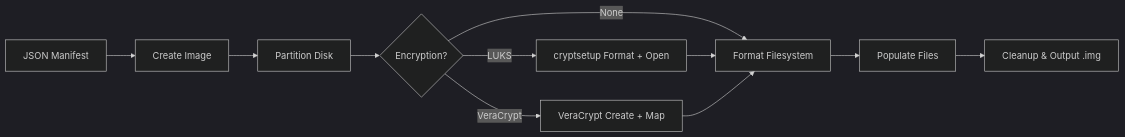
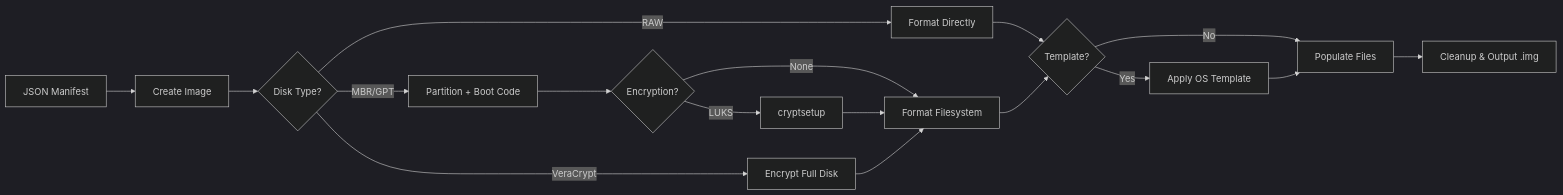
Before and after one commit to jknyght9/diskforge: the diagram in docs/index.md, drawn with Mermaid (dark theme). The commit also changed other lines of this file and 7 other files, not shown here.

First line of the commit message:
Update docs for boot code, RAW disks, templates, and HFS+

````diff
--- a/docs/index.md
+++ b/docs/index.md
@@ -65,13 +73,19 @@
 ```mermaid
 graph LR
     A[JSON Manifest] --> B[Create Image]
-    B --> C[Partition Disk]
-    C --> D{Encryption?}
-    D -->|LUKS| E[cryptsetup Format + Open]
-    D -->|VeraCrypt| F[VeraCrypt Create + Map]
-    D -->|None| G[Format Filesystem]
-    E --> G
-    F --> G
-    G --> H[Populate Files]
-    H --> I[Cleanup & Output .img]
+    B --> C{Disk Type?}
+    C -->|MBR/GPT| D[Partition + Boot Code]
+    C -->|RAW| E[Format Directly]
+    C -->|VeraCrypt| F[Encrypt Full Disk]
+    D --> G{Encryption?}
+    G -->|LUKS| H[cryptsetup]
+    G -->|None| I[Format Filesystem]
+    H --> I
+    F --> I
+    E --> J{Template?}
+    I --> J
+    J -->|Yes| K[Apply OS Template]
+    J -->|No| L[Populate Files]
+    K --> L
+    L --> M[Cleanup & Output .img]
 ```
````
